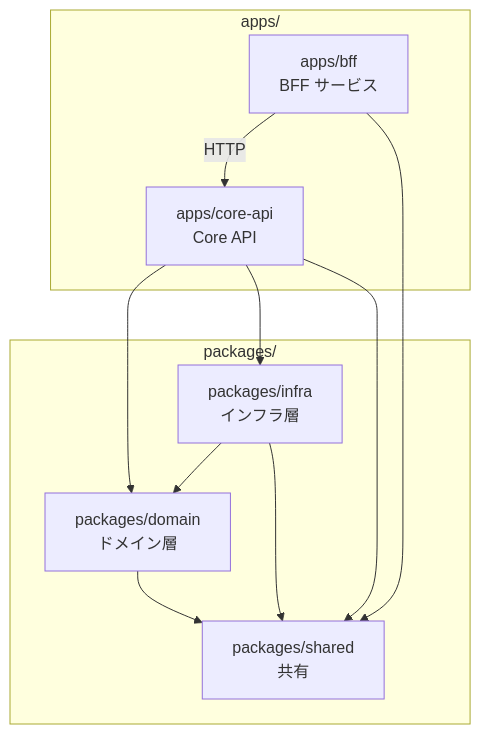
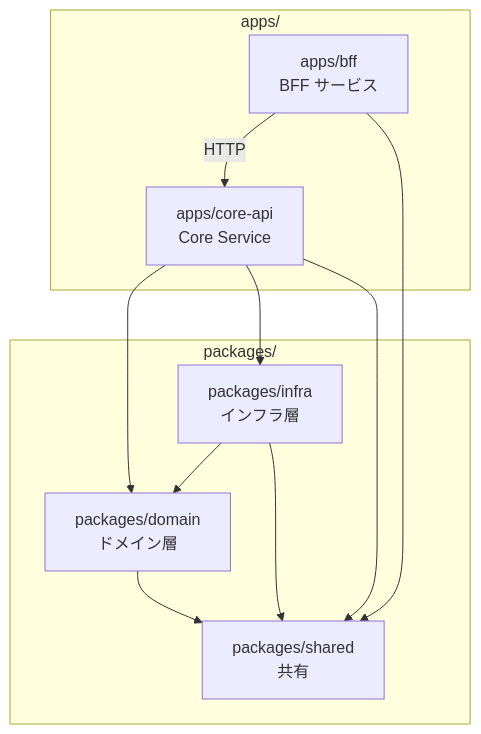
One commit to ka2kama/ringiflow changed the first of 4 diagrams in docs/06_技術ノート/Cargoワークスペース.md. Above: the diagram before and after it, drawn with Mermaid. The commit also changed other lines of this file and 25 other files, not shown here.

First line of the commit message:
docs: Core API → Core Service に命名を統一

````diff
--- a/docs/06_技術ノート/Cargoワークスペース.md
+++ b/docs/06_技術ノート/Cargoワークスペース.md
@@ -62,25 +62,25 @@
 ```mermaid
 graph TB
     subgraph "apps/"
         BFF["apps/bff<br/>BFF サービス"]
-        CoreAPI["apps/core-api<br/>Core API"]
+        CoreAPI["apps/core-api<br/>Core Service"]
     end
 
     subgraph "packages/"
         Domain["packages/domain<br/>ドメイン層"]
         Infra["packages/infra<br/>インフラ層"]
         Shared["packages/shared<br/>共有"]
     end
 
     BFF -->|HTTP| CoreAPI
     BFF --> Shared
 
     CoreAPI --> Domain
     CoreAPI --> Infra
     CoreAPI --> Shared
 
     Infra --> Domain
     Infra --> Shared
 
     Domain --> Shared
 ```
````
